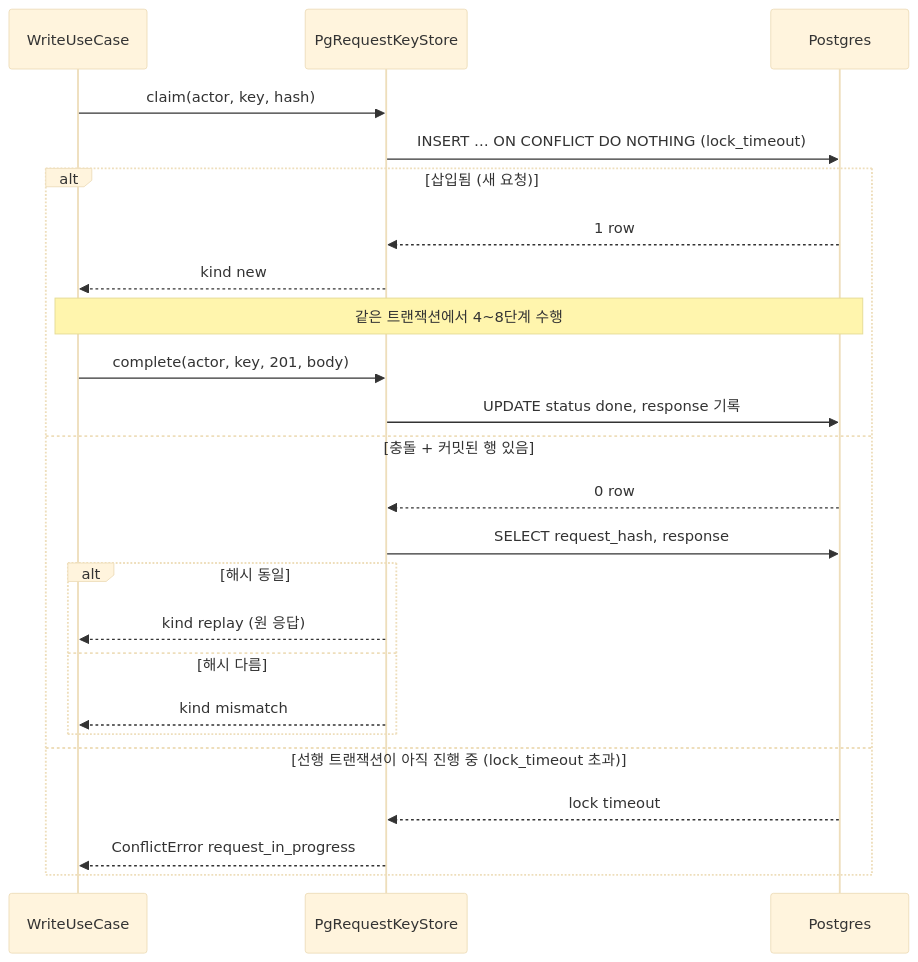
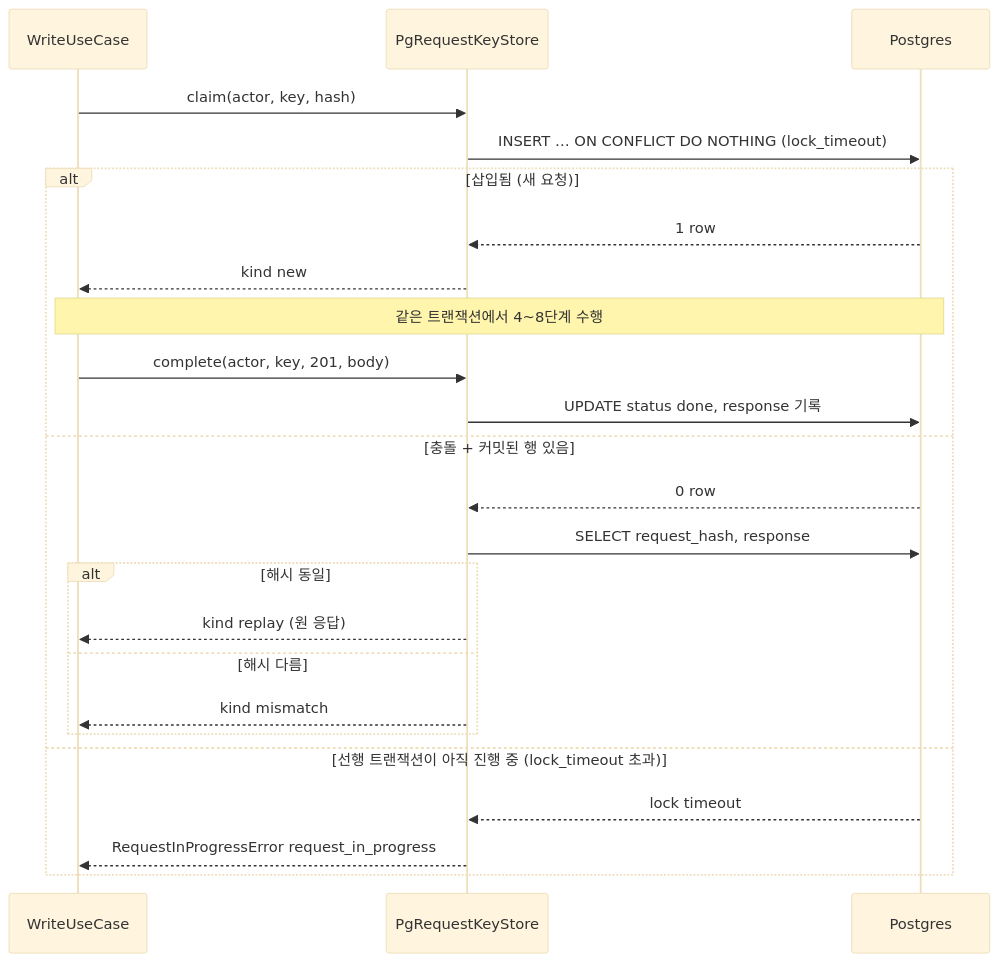
Before and after one commit to 1985jwlee/portpolio_backend: the ninth of 43 diagrams in docs/design/features/11-guestbook-write.md, drawn with Mermaid (base theme). The commit also changed other lines of this file and 21 other files, not shown here.

````diff
--- a/docs/design/features/11-guestbook-write.md
+++ b/docs/design/features/11-guestbook-write.md
@@ -611,26 +611,26 @@
 ```mermaid
 sequenceDiagram
     participant H as WriteUseCase
     participant K as PgRequestKeyStore
     participant DB as Postgres
     H->>K: claim(actor, key, hash)
     K->>DB: INSERT … ON CONFLICT DO NOTHING (lock_timeout)
     alt 삽입됨 (새 요청)
         DB-->>K: 1 row
         K-->>H: kind new
         Note over H,DB: 같은 트랜잭션에서 4~8단계 수행
         H->>K: complete(actor, key, 201, body)
         K->>DB: UPDATE status done, response 기록
     else 충돌 + 커밋된 행 있음
         DB-->>K: 0 row
         K->>DB: SELECT request_hash, response
         alt 해시 동일
             K-->>H: kind replay (원 응답)
         else 해시 다름
             K-->>H: kind mismatch
         end
     else 선행 트랜잭션이 아직 진행 중 (lock_timeout 초과)
         DB-->>K: lock timeout
-        K-->>H: ConflictError request_in_progress
+        K-->>H: RequestInProgressError request_in_progress
     end
 ```
````
